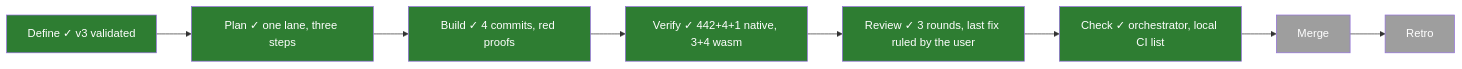
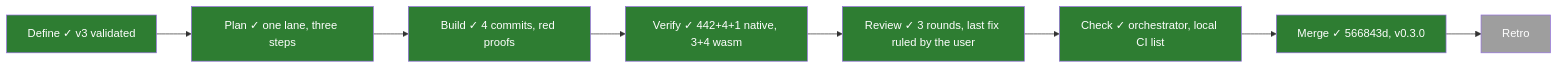
One commit to PaliCanon/ui-lib changed the first of 2 diagrams in .task/067-csr.md. Above: the diagram before and after it, drawn with Mermaid. The commit also changed other lines of this file, not shown here.

````diff
--- a/.task/067-csr.md
+++ b/.task/067-csr.md
@@ -12,7 +12,7 @@
 ```mermaid
 flowchart LR
-  Define["Define ✓ v3 validated"]:::done --> Plan["Plan ✓ one lane, three steps"]:::done --> Build["Build ✓ 4 commits, red proofs"]:::done --> Verify["Verify ✓ 442+4+1 native, 3+4 wasm"]:::done --> Review["Review ✓ 3 rounds, last fix ruled by the user"]:::done --> Check["Check ✓ orchestrator, local CI list"]:::done --> Merge:::todo --> Retro:::todo
+  Define["Define ✓ v3 validated"]:::done --> Plan["Plan ✓ one lane, three steps"]:::done --> Build["Build ✓ 4 commits, red proofs"]:::done --> Verify["Verify ✓ 442+4+1 native, 3+4 wasm"]:::done --> Review["Review ✓ 3 rounds, last fix ruled by the user"]:::done --> Check["Check ✓ orchestrator, local CI list"]:::done --> Merge["Merge ✓ 566843d, v0.3.0"]:::done --> Retro:::todo
   classDef doing fill:#f9a825,color:#000
   classDef done fill:#2e7d32,color:#fff
   classDef todo fill:#9e9e9e,color:#fff
 ```
````
